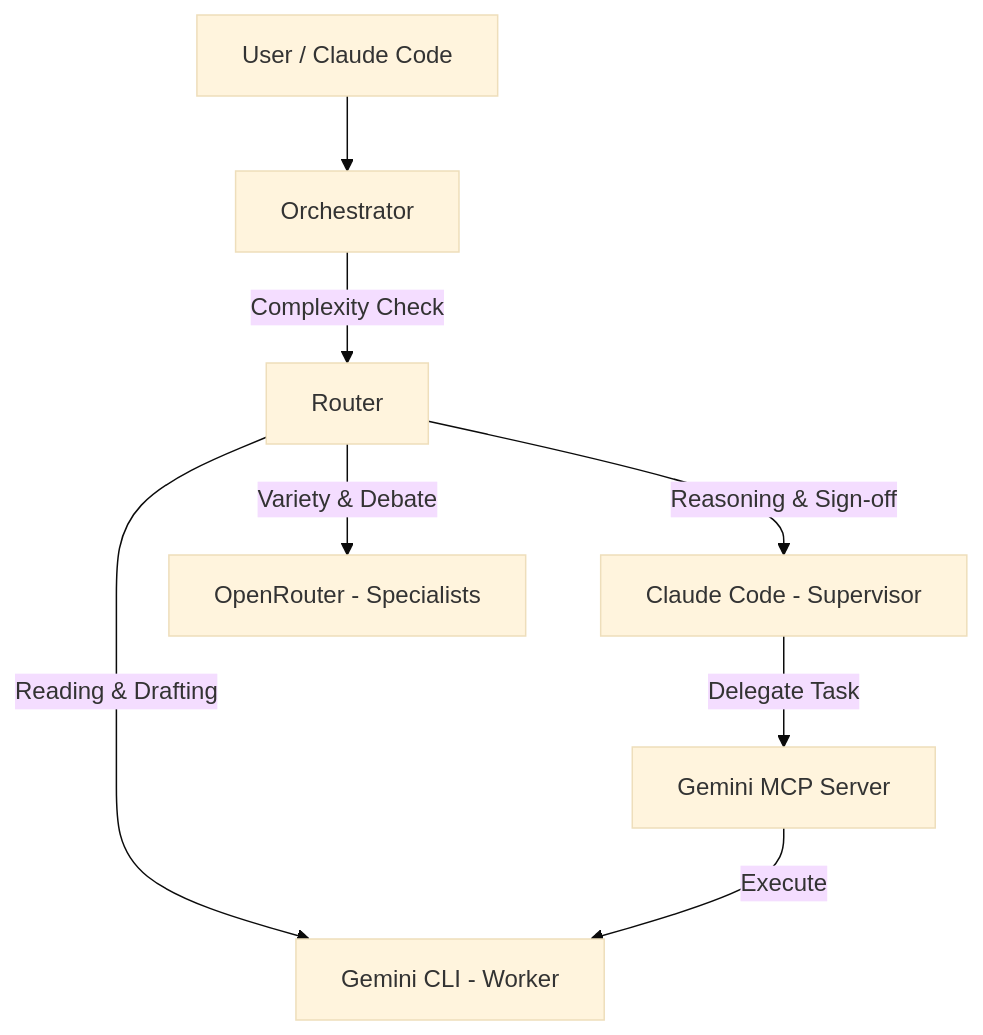
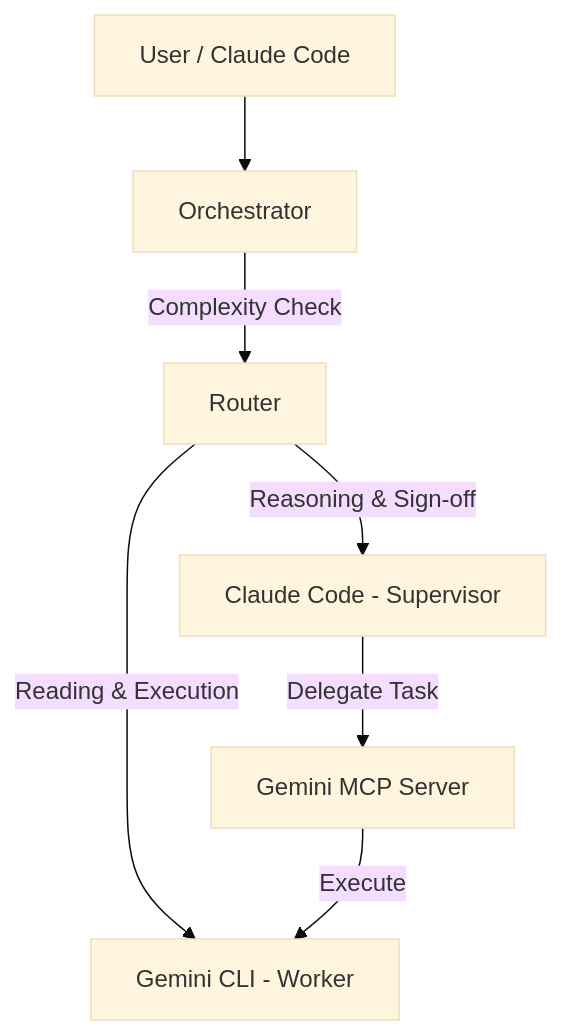
Before and after one commit to SneezeGUI/Hybrid-CLI-Agent: the diagram in README.md, drawn with Mermaid (base theme). The commit also changed other lines of this file and 17 other files, not shown here.

````diff
--- a/README.md
+++ b/README.md
@@ -154,10 +151,9 @@
 ```mermaid
 graph TD
     User[User / Claude Code] --> Orchestrator
     Orchestrator -->|Complexity Check| Router
     Router -->|Reasoning & Sign-off| Claude[Claude Code - Supervisor]
-    Router -->|Reading & Drafting| Gemini[Gemini CLI - Worker]
-    Router -->|Variety & Debate| OpenRouter[OpenRouter - Specialists]
+    Router -->|Reading & Execution| Gemini[Gemini CLI - Worker]
     Claude -->|Delegate Task| MCPServer[Gemini MCP Server]
     MCPServer -->|Execute| Gemini
 ```
````
